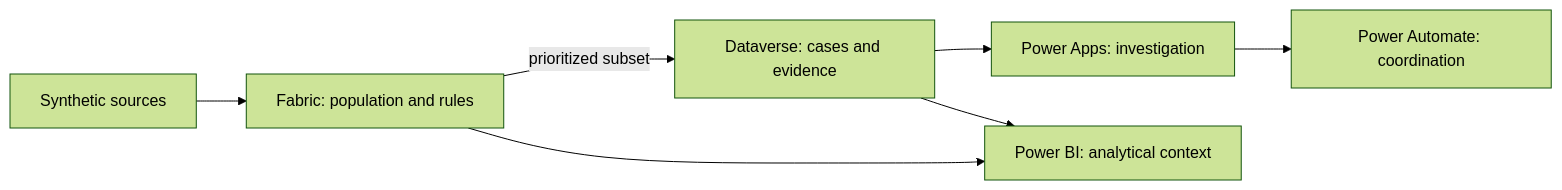
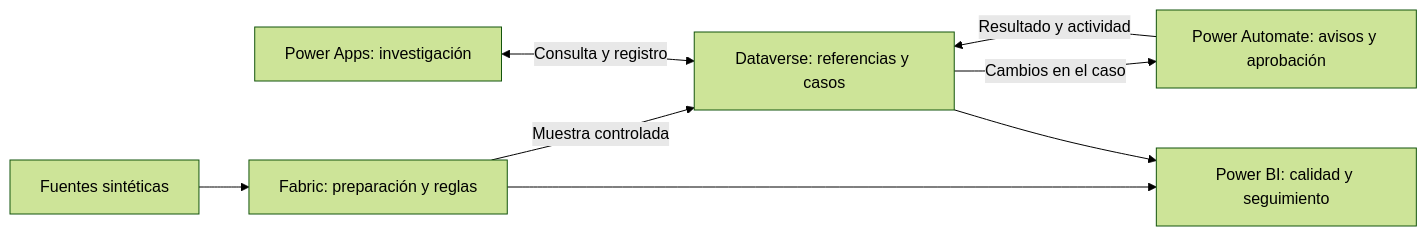
Before and after one commit to MiguelPR-99/people-analytics-portfolio: the diagram in projects/hr-data-quality-lifecycle-workbench/docs/technical-overview.md, drawn with Mermaid (forest theme). The commit also changed other lines of this file and 20 other files, not shown here.

````diff
--- a/projects/hr-data-quality-lifecycle-workbench/docs/technical-overview.md
+++ b/projects/hr-data-quality-lifecycle-workbench/docs/technical-overview.md
@@ -16,9 +7,10 @@
 ```mermaid
 flowchart LR
-    S[Synthetic sources] --> F[Fabric: population and rules]
-    F -->|prioritized subset| D[Dataverse: cases and evidence]
-    D --> A[Power Apps: investigation]
-    A --> P[Power Automate: coordination]
-    F --> B[Power BI: analytical context]
+    S["Fuentes sintéticas"] --> F["Fabric: preparación y reglas"]
+    F -->|"Muestra controlada"| D["Dataverse: referencias y casos"]
+    A["Power Apps: investigación"] <-->|"Consulta y registro"| D
+    D -->|"Cambios en el caso"| P["Power Automate: avisos y aprobación"]
+    P -->|"Resultado y actividad"| D
+    F --> B["Power BI: calidad y seguimiento"]
     D --> B
 ```
````
